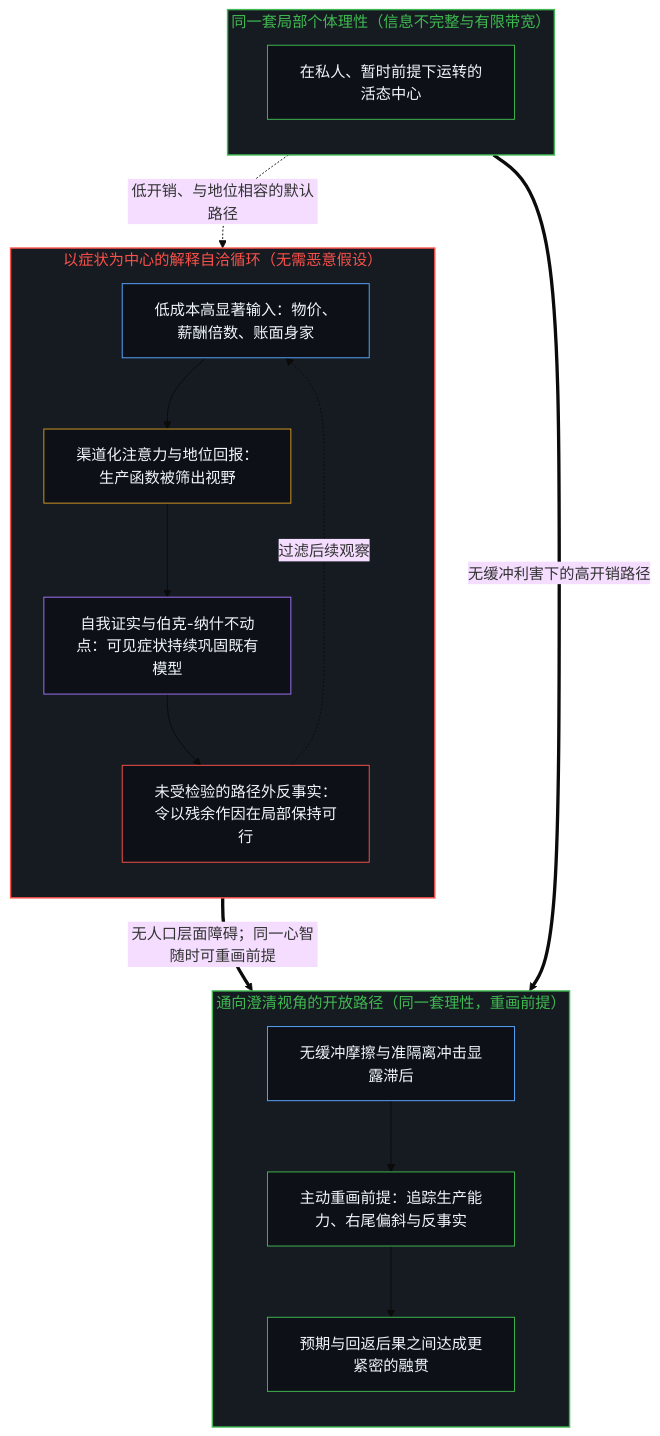
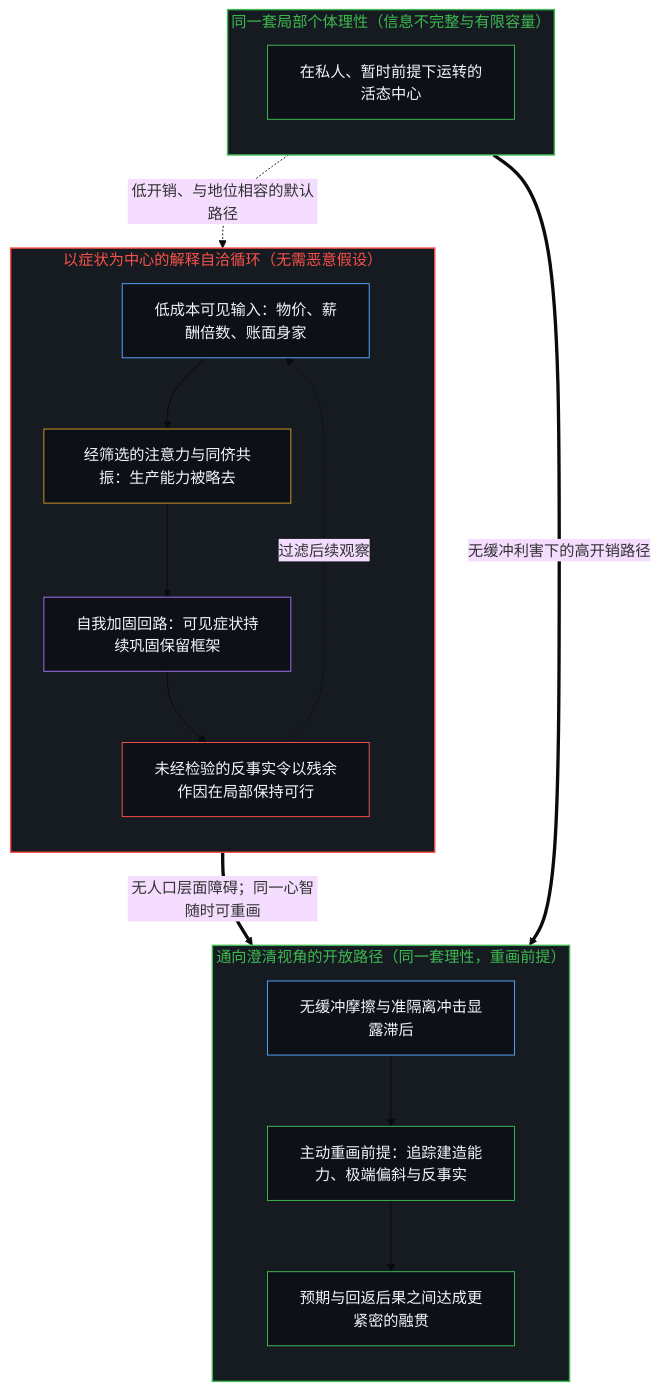
The third of 4 diagrams in content/posts/the-builders-absence-and-the-self-consistent-cycle-of-explanation.md (powerpig99/not-a-toe), drawn with Mermaid (base theme) before and after one commit. The commit also changed other lines of this file and 2 other files, not shown here.

````diff
--- a/content/posts/the-builders-absence-and-the-self-consistent-cycle-of-explanation.md
+++ b/content/posts/the-builders-absence-and-the-self-consistent-cycle-of-explanation.md
@@ -119,37 +119,37 @@
 ```mermaid
 flowchart TD
-    subgraph S_Shared["同一套局部个体理性（信息不完整与有限带宽）"]
+    subgraph S_Shared["同一套局部个体理性（信息不完整与有限容量）"]
         direction TB
         L0["在私人、暂时前提下运转的活态中心"]
     end
     subgraph S_Cycle["以症状为中心的解释自洽循环（无需恶意假设）"]
         direction TB
-        C1["低成本高显著输入：物价、薪酬倍数、账面身家"]
-        C2["渠道化注意力与地位回报：生产函数被筛出视野"]
-        C3["自我证实与伯克-纳什不动点：可见症状持续巩固既有模型"]
-        C4["未受检验的路径外反事实：令以残余作因在局部保持可行"]
+        C1["低成本可见输入：物价、薪酬倍数、账面身家"]
+        C2["经筛选的注意力与同侪共振：生产能力被略去"]
+        C3["自我加固回路：可见症状持续巩固保留框架"]
+        C4["未经检验的反事实令以残余作因在局部保持可行"]
         C1 --> C2 --> C3 --> C4
         C4 -.->|"过滤后续观察"| C1
     end
     subgraph S_Open["通向澄清视角的开放路径（同一套理性，重画前提）"]
         direction TB
         O1["无缓冲摩擦与准隔离冲击显露滞后"]
-        O2["主动重画前提：追踪生产能力、右尾偏斜与反事实"]
+        O2["主动重画前提：追踪建造能力、极端偏斜与反事实"]
         O3["预期与回返后果之间达成更紧密的融贯"]
         O1 --> O2 --> O3
     end
     L0 -.->|"低开销、与地位相容的默认路径"| C1
     L0 ==>|"无缓冲利害下的高开销路径"| O1
-    C4 ==>|"无人口层面障碍；同一心智随时可重画前提"| O1
+    C4 ==>|"无人口层面障碍；同一心智随时可重画"| O1
     style S_Shared fill:#161b22,stroke:#3fb950,stroke-width:1.5px,color:#3fb950
     style S_Cycle fill:#161b22,stroke:#f85149,stroke-width:1.5px,color:#f85149
     style S_Open fill:#161b22,stroke:#3fb950,stroke-width:1.5px,color:#3fb950
     style L0 fill:#0d1117,stroke:#3fb950,stroke-width:1px,color:#f0f6fc
     style C1 fill:#0d1117,stroke:#58a6ff,stroke-width:1px,color:#f0f6fc
     style C2 fill:#0d1117,stroke:#d29922,stroke-width:1px,color:#f0f6fc
     style C3 fill:#0d1117,stroke:#a371f7,stroke-width:1px,color:#f0f6fc
     style C4 fill:#0d1117,stroke:#f85149,stroke-width:1px,color:#f0f6fc
     style O1 fill:#0d1117,stroke:#58a6ff,stroke-width:1px,color:#f0f6fc
     style O2 fill:#0d1117,stroke:#3fb950,stroke-width:1px,color:#f0f6fc
     style O3 fill:#0d1117,stroke:#3fb950,stroke-width:1px,color:#f0f6fc
 ```
````
